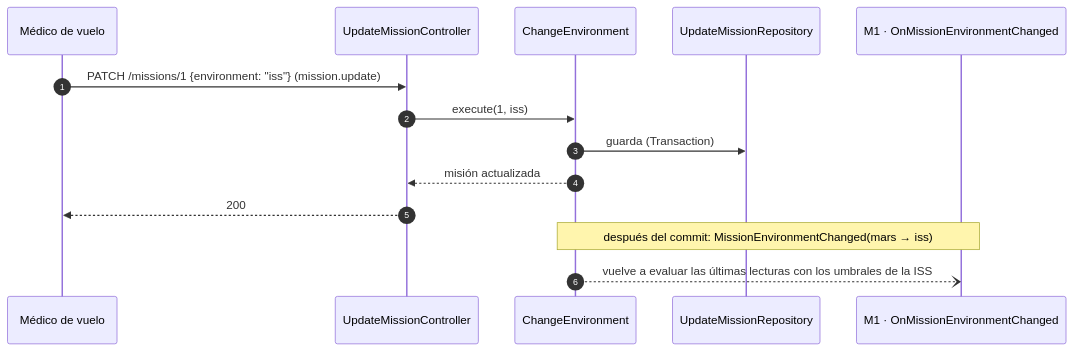
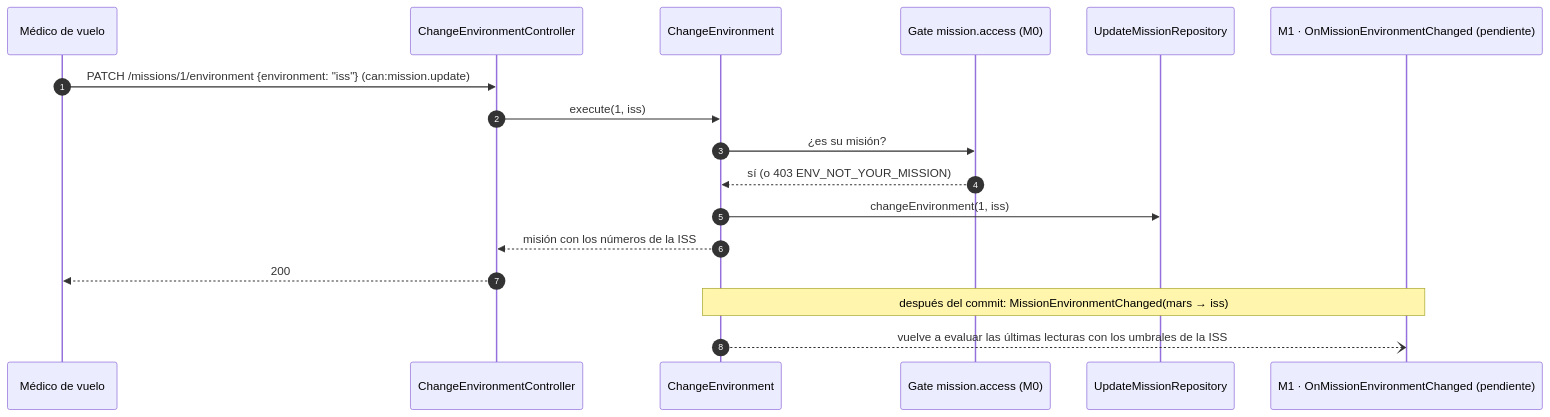
One commit to HACKATHON-NASA/ARTEMIS-III changed the diagram in astrohealth/docs/backend/M6-entorno/README.md. Above: the diagram before and after it, drawn with Mermaid. The commit also changed other lines of this file and 85 other files, not shown here.

````diff
--- a/astrohealth/docs/backend/M6-entorno/README.md
+++ b/astrohealth/docs/backend/M6-entorno/README.md
@@ -15,16 +15,19 @@
 ```mermaid
 sequenceDiagram
     autonumber
     participant V as Médico de vuelo
-    participant C as UpdateMissionController
+    participant C as ChangeEnvironmentController
     participant U as ChangeEnvironment
+    participant G as Gate mission.access (M0)
     participant R as UpdateMissionRepository
-    participant M1 as M1 · OnMissionEnvironmentChanged
-    V->>C: PATCH /missions/1 {environment: "iss"} (mission.update)
+    participant M1 as M1 · OnMissionEnvironmentChanged (pendiente)
+    V->>C: PATCH /missions/1/environment {environment: "iss"} (can:mission.update)
     C->>U: execute(1, iss)
-    U->>R: guarda (Transaction)
-    U-->>C: misión actualizada
+    U->>G: ¿es su misión?
+    G-->>U: sí (o 403 ENV_NOT_YOUR_MISSION)
+    U->>R: changeEnvironment(1, iss)
+    U-->>C: misión con los números de la ISS
     C-->>V: 200
     Note over U,M1: después del commit: MissionEnvironmentChanged(mars → iss)
     U--)M1: vuelve a evaluar las últimas lecturas con los umbrales de la ISS
 ```
````
